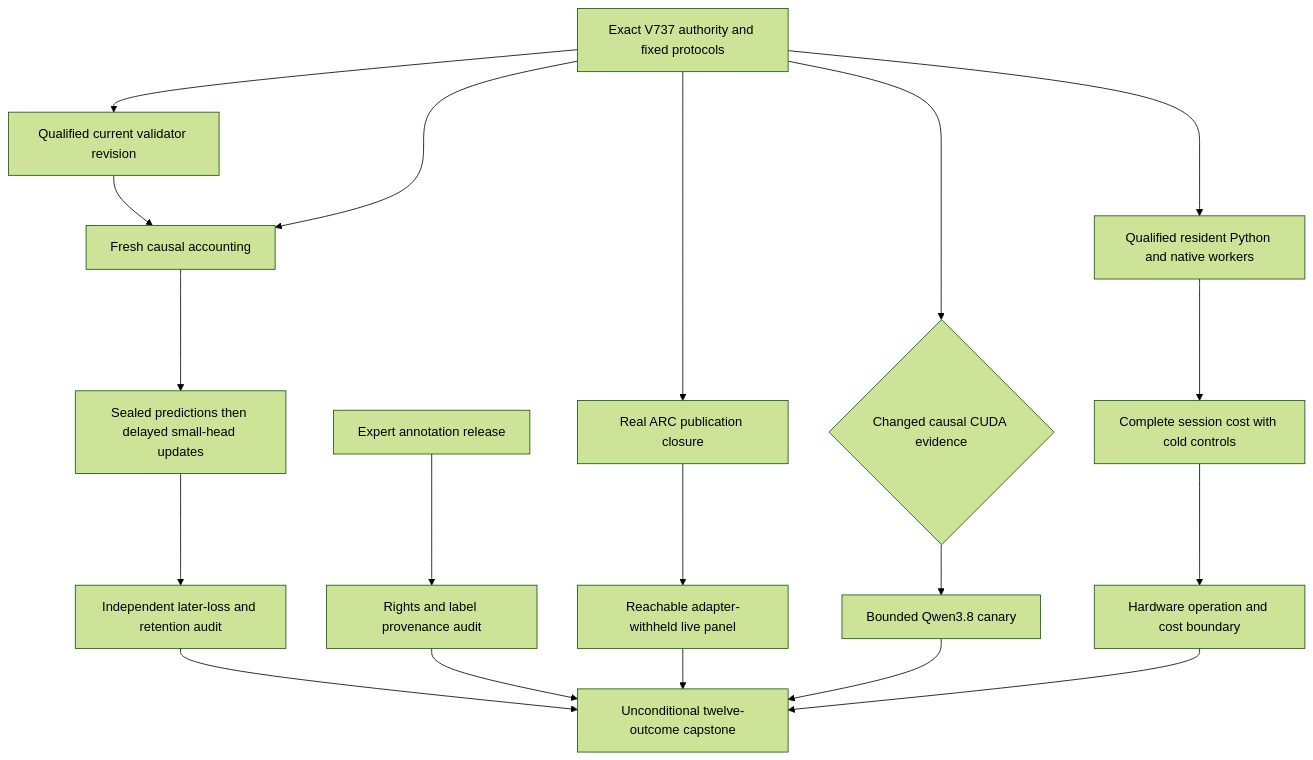
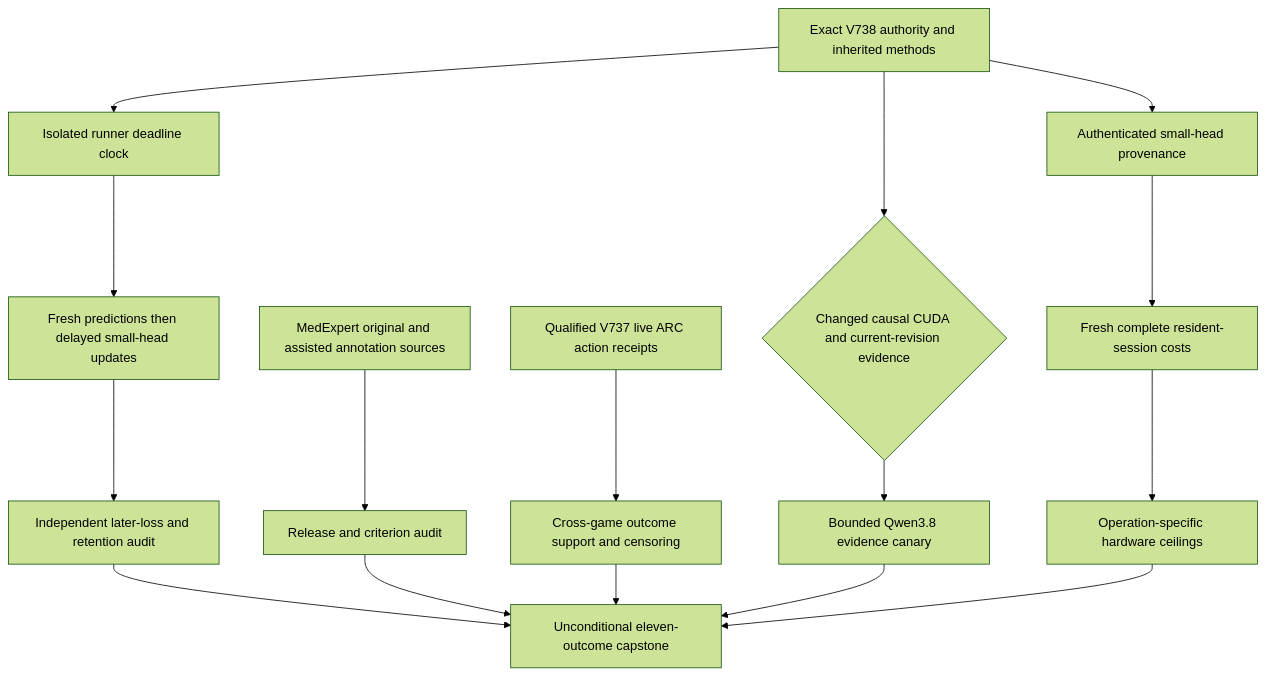
The first of 2 diagrams in openspec/change-proposals/research-roadmap-vNEXT.md (Carnot-EBM/carnot-ebm), drawn with Mermaid (forest theme) before and after one commit. The commit also changed other lines of this file and 19 other files, not shown here.

````diff
--- a/openspec/change-proposals/research-roadmap-vNEXT.md
+++ b/openspec/change-proposals/research-roadmap-vNEXT.md
@@ -87,21 +81,18 @@
 ```mermaid
 flowchart TD
-    A[Exact V737 authority and fixed protocols] --> B[Qualified current validator revision]
-    B --> C[Fresh causal accounting]
-    A --> C
-    C --> D[Sealed predictions then delayed small-head updates]
-    D --> E[Independent later-loss and retention audit]
-    A --> F[Qualified resident Python and native workers]
-    F --> G[Complete session cost with cold controls]
-    H[Expert annotation release] --> I[Rights and label provenance audit]
-    A --> J[Real ARC publication closure]
-    J --> K[Reachable adapter-withheld live panel]
-    A --> L{Changed causal CUDA evidence}
-    L --> M[Bounded Qwen3.8 canary]
-    G --> N[Hardware operation and cost boundary]
-    E --> O[Unconditional twelve-outcome capstone]
-    I --> O
-    K --> O
-    M --> O
-    N --> O
+    A[Exact V738 authority and inherited methods] --> B[Isolated runner deadline clock]
+    B --> C[Fresh predictions then delayed small-head updates]
+    C --> D[Independent later-loss and retention audit]
+    A --> E[Authenticated small-head provenance]
+    E --> F[Fresh complete resident-session costs]
+    G[MedExpert original and assisted annotation sources] --> H[Release and criterion audit]
+    I[Qualified V737 live ARC action receipts] --> J[Cross-game outcome support and censoring]
+    A --> K{Changed causal CUDA and current-revision evidence}
+    K --> L[Bounded Qwen3.8 evidence canary]
+    F --> M[Operation-specific hardware ceilings]
+    D --> N[Unconditional eleven-outcome capstone]
+    H --> N
+    J --> N
+    L --> N
+    M --> N
 ```
````
